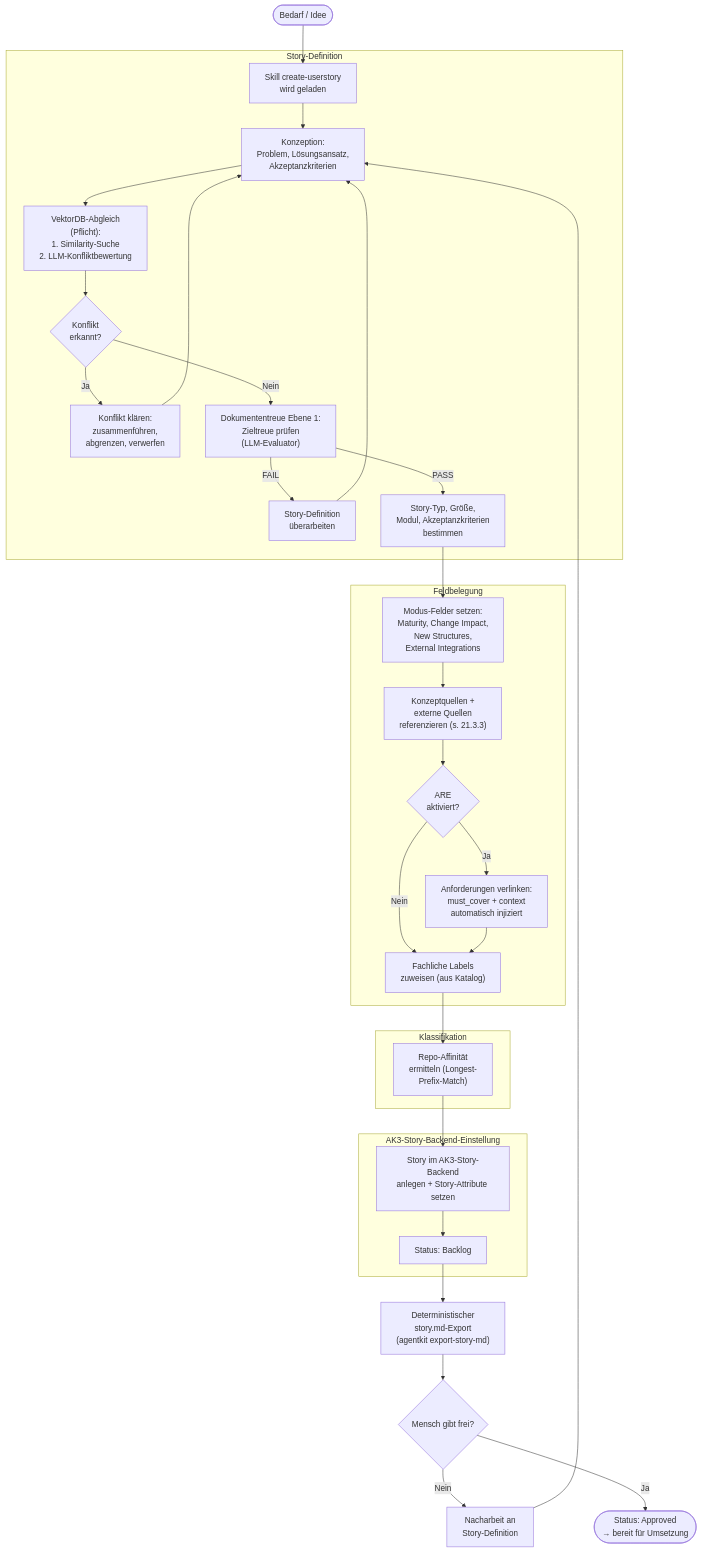
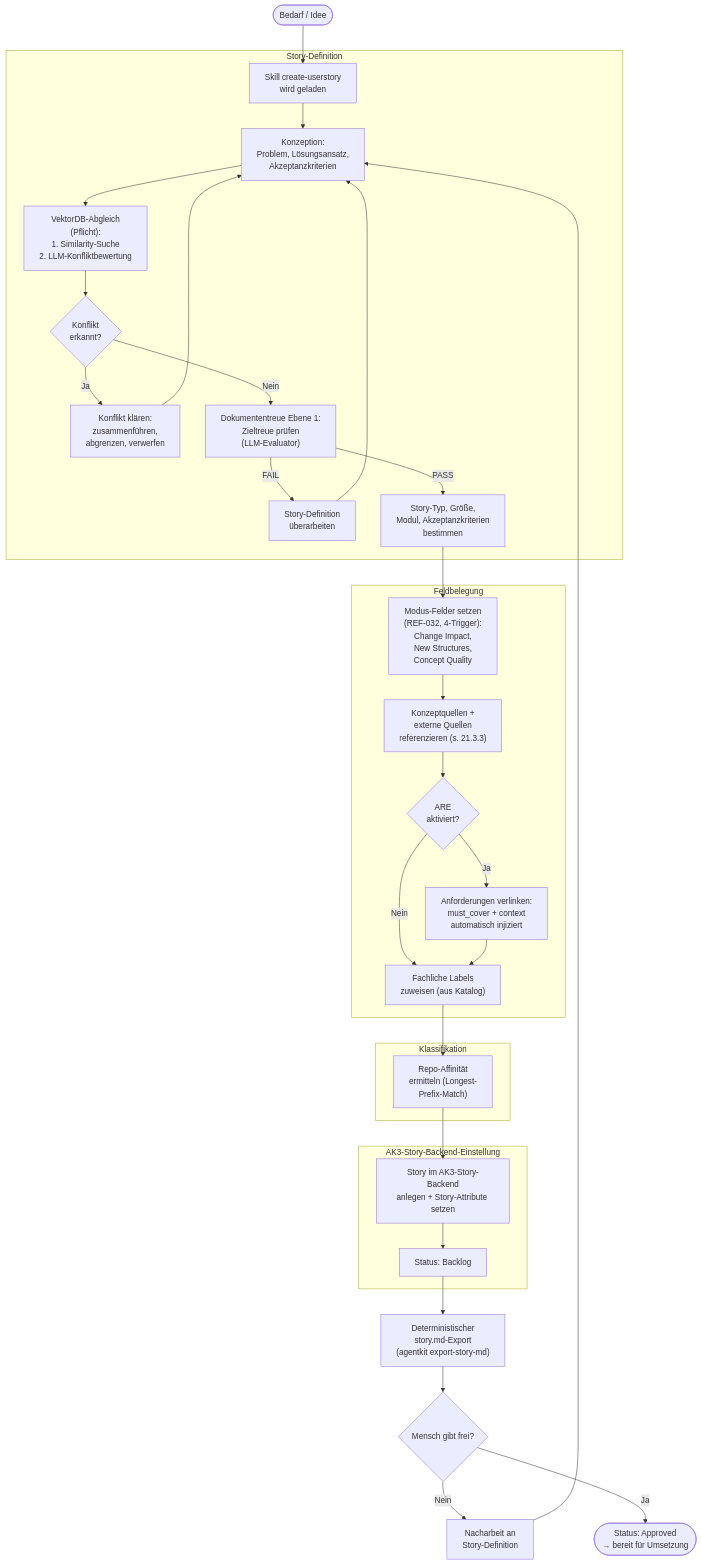
One commit to saltenhof/claude-agentkit3 changed the diagram in concept/technical-design/21_story_creation_pipeline.md. Above: the diagram before and after it, drawn with Mermaid. The commit also changed other lines of this file and 10 other files, not shown here.

````diff
--- a/concept/technical-design/21_story_creation_pipeline.md
+++ b/concept/technical-design/21_story_creation_pipeline.md
@@ -129,47 +129,47 @@
 ```mermaid
 flowchart TD
     TRIGGER(["Bedarf / Idee"]) --> SKILL["Skill create-userstory<br/>wird geladen"]
 
     subgraph DEFINITION ["Story-Definition"]
         SKILL --> KONZEPT["Konzeption:<br/>Problem, Lösungsansatz,<br/>Akzeptanzkriterien"]
         KONZEPT --> SEARCH["VektorDB-Abgleich<br/>(Pflicht):<br/>1. Similarity-Suche<br/>2. LLM-Konfliktbewertung"]
 
         SEARCH --> CONFLICT{"Konflikt<br/>erkannt?"}
         CONFLICT -->|Ja| RESOLVE["Konflikt klären:<br/>zusammenführen,<br/>abgrenzen, verwerfen"]
         RESOLVE --> KONZEPT
         CONFLICT -->|Nein| ZIELTREUE
 
         ZIELTREUE["Dokumententreue Ebene 1:<br/>Zieltreue prüfen<br/>(LLM-Evaluator)"]
         ZIELTREUE -->|FAIL| REWORK_Z["Story-Definition<br/>überarbeiten"]
         REWORK_Z --> KONZEPT
         ZIELTREUE -->|PASS| FIELDS
     end
 
     subgraph FIELDS_PHASE ["Feldbelegung"]
         FIELDS["Story-Typ, Größe,<br/>Modul, Akzeptanzkriterien<br/>bestimmen"]
-        FIELDS --> MODE_FIELDS["Modus-Felder setzen:<br/>Maturity, Change Impact,<br/>New Structures,<br/>External Integrations"]
+        FIELDS --> MODE_FIELDS["Modus-Felder setzen<br/>(REF-032, 4-Trigger):<br/>Change Impact,<br/>New Structures,<br/>Concept Quality"]
         MODE_FIELDS --> CONCEPT_REF["Konzeptquellen +<br/>externe Quellen<br/>referenzieren (s. 21.3.3)"]
         CONCEPT_REF --> ARE_CHECK{"ARE<br/>aktiviert?"}
 
         ARE_CHECK -->|Ja| ARE_LINK["Anforderungen verlinken:<br/>must_cover + context<br/>automatisch injiziert"]
         ARE_CHECK -->|Nein| LABELS
         ARE_LINK --> LABELS
     end
 
     subgraph KLASSIFIKATION ["Klassifikation"]
         LABELS["Fachliche Labels<br/>zuweisen (aus Katalog)"]
         LABELS --> REPO_AFF["Repo-Affinität<br/>ermitteln (Longest-<br/>Prefix-Match)"]
     end
 
     subgraph EINSTELLUNG ["AK3-Story-Backend-Einstellung"]
         PROJECT["Story im AK3-Story-Backend<br/>anlegen + Story-Attribute setzen"]
         PROJECT --> BACKLOG["Status: Backlog"]
     end
     REPO_AFF --> PROJECT
 
     BACKLOG --> EXPORT["Deterministischer<br/>story.md-Export<br/>(agentkit export-story-md)"]
     EXPORT --> FREIGABE{"Mensch gibt frei?"}
     FREIGABE -->|Nein| REWORK["Nacharbeit an<br/>Story-Definition"]
     REWORK --> KONZEPT
     FREIGABE -->|Ja| APPROVED(["Status: Approved<br/>→ bereit für Umsetzung"])
 ```
````
